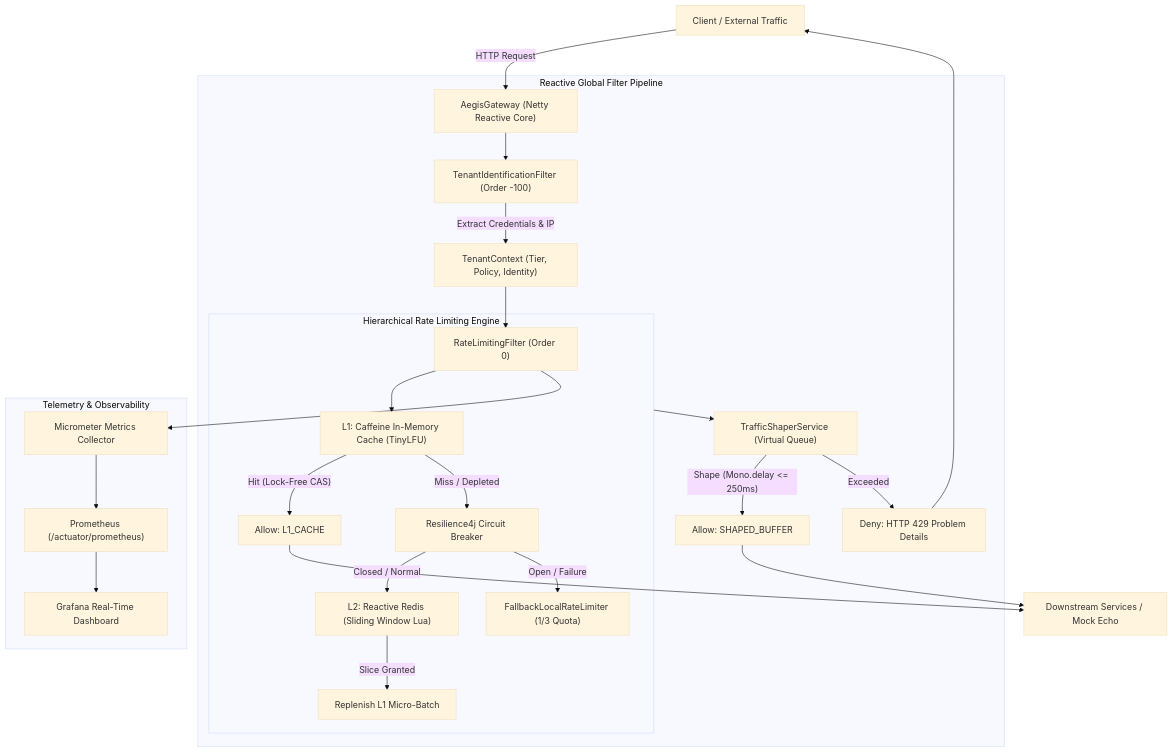
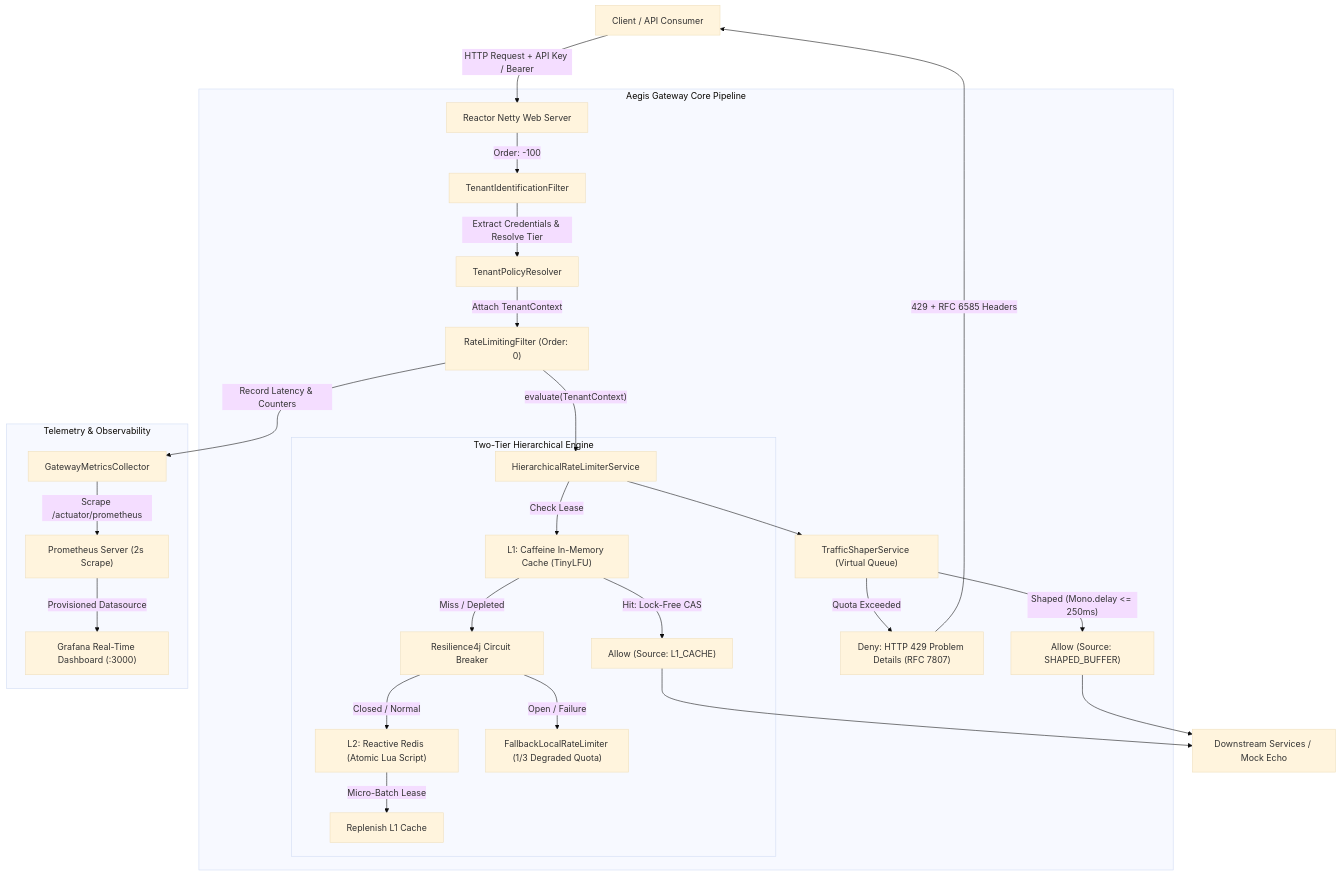
The diagram in README.md (Krit2004-alt/AegisGateway), drawn with Mermaid (base theme) before and after one commit. The commit also changed other lines of this file, not shown here.

Commit message:
docs: generate comprehensive production-grade README with architecture and benchmarks

````diff
--- a/README.md
+++ b/README.md
@@ -9,33 +45,35 @@
 ```mermaid
-graph TD
-    Client["Client / External Traffic"] -->|"HTTP Request"| SCG["AegisGateway (Netty Reactive Core)"]
+flowchart TD
+    Client["Client / API Consumer"] -->|"HTTP Request + API Key / Bearer"| Netty["Reactor Netty Web Server"]
     
-    subgraph Pipeline["Reactive Global Filter Pipeline"]
-        SCG --> Filter1["TenantIdentificationFilter (Order -100)"]
-        Filter1 -->|"Extract Credentials & IP"| Context["TenantContext (Tier, Policy, Identity)"]
-        Context --> Filter2["RateLimitingFilter (Order 0)"]
+    subgraph GatewayCore["Aegis Gateway Core Pipeline"]
+        Netty -->|"Order: -100"| Filter1["TenantIdentificationFilter"]
+        Filter1 -->|"Extract Credentials & Resolve Tier"| Resolver["TenantPolicyResolver"]
+        Resolver -->|"Attach TenantContext"| Filter2["RateLimitingFilter (Order: 0)"]
         
-        subgraph HierarchicalLimit["Hierarchical Rate Limiting Engine"]
-            Filter2 --> L1["L1: Caffeine In-Memory Cache (TinyLFU)"]
-            L1 -->|"Hit (Lock-Free CAS)"| AllowL1["Allow: L1_CACHE"]
+        Filter2 -->|"evaluate(TenantContext)"| HierarchicalLimit["HierarchicalRateLimiterService"]
+        
+        subgraph HierarchicalEngine["Two-Tier Hierarchical Engine"]
+            HierarchicalLimit -->|"Check Lease"| L1["L1: Caffeine In-Memory Cache (TinyLFU)"]
+            L1 -->|"Hit: Lock-Free CAS"| AllowL1["Allow (Source: L1_CACHE)"]
             L1 -->|"Miss / Depleted"| CB["Resilience4j Circuit Breaker"]
-            CB -->|"Closed / Normal"| L2["L2: Reactive Redis (Sliding Window Lua)"]
-            CB -->|"Open / Failure"| Fallback["FallbackLocalRateLimiter (1/3 Quota)"]
-            L2 -->|"Slice Granted"| Replenish["Replenish L1 Micro-Batch"]
+            CB -->|"Closed / Normal"| L2["L2: Reactive Redis (Atomic Lua Script)"]
+            CB -->|"Open / Failure"| Fallback["FallbackLocalRateLimiter (1/3 Degraded Quota)"]
+            L2 -->|"Micro-Batch Lease"| Replenish["Replenish L1 Cache"]
         end
 
         HierarchicalLimit --> Shaper["TrafficShaperService (Virtual Queue)"]
-        Shaper -->|"Shape (Mono.delay <= 250ms)"| AllowShaped["Allow: SHAPED_BUFFER"]
-        Shaper -->|"Exceeded"| Deny429["Deny: HTTP 429 Problem Details"]
+        Shaper -->|"Shaped (Mono.delay <= 250ms)"| AllowShaped["Allow (Source: SHAPED_BUFFER)"]
+        Shaper -->|"Quota Exceeded"| Deny429["Deny: HTTP 429 Problem Details (RFC 7807)"]
     end
 
     AllowL1 --> Downstream["Downstream Services / Mock Echo"]
     AllowShaped --> Downstream
-    Deny429 --> Client
-    
-    subgraph Observability["Telemetry & Observability"]
-        Filter2 --> Micrometer["Micrometer Metrics Collector"]
-        Micrometer --> Prometheus["Prometheus (/actuator/prometheus)"]
-        Prometheus --> Grafana["Grafana Real-Time Dashboard"]
+    Deny429 -->|"429 + RFC 6585 Headers"| Client
+
+    subgraph ObservabilityStack["Telemetry & Observability"]
+        Filter2 -->|"Record Latency & Counters"| Micrometer["GatewayMetricsCollector"]
+        Micrometer -->|"Scrape /actuator/prometheus"| Prometheus["Prometheus Server (2s Scrape)"]
+        Prometheus -->|"Provisioned Datasource"| Grafana["Grafana Real-Time Dashboard (:3000)"]
     end
 ```
````
